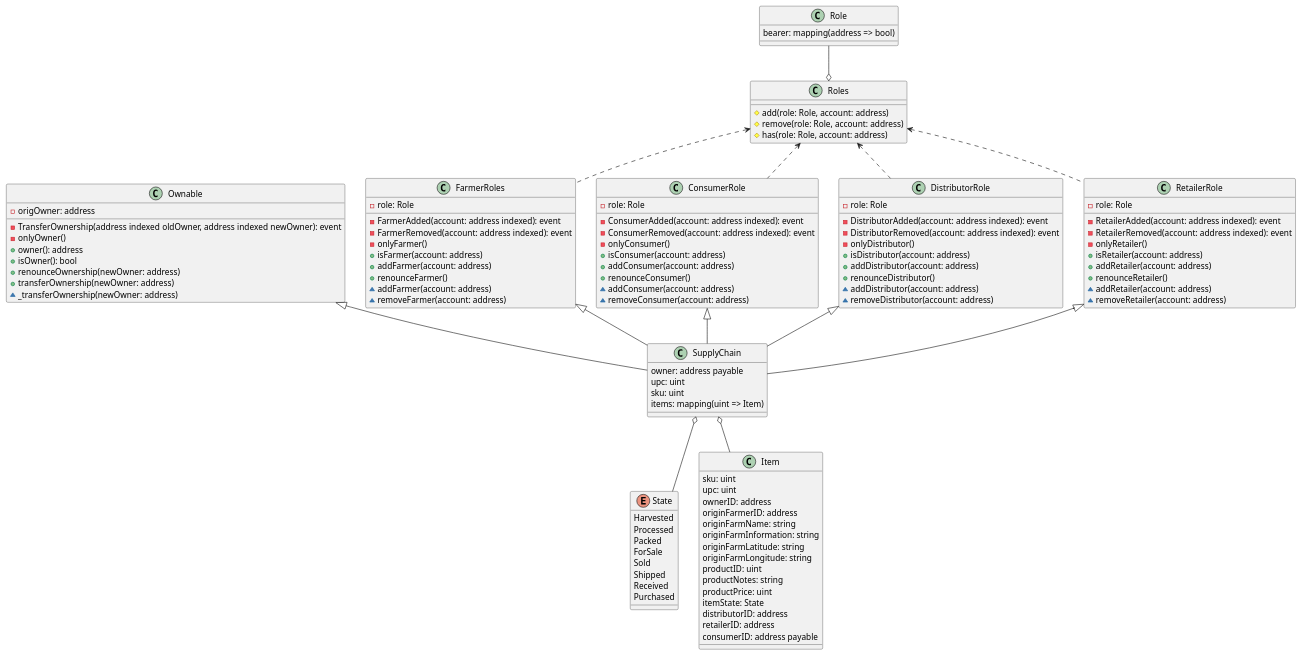
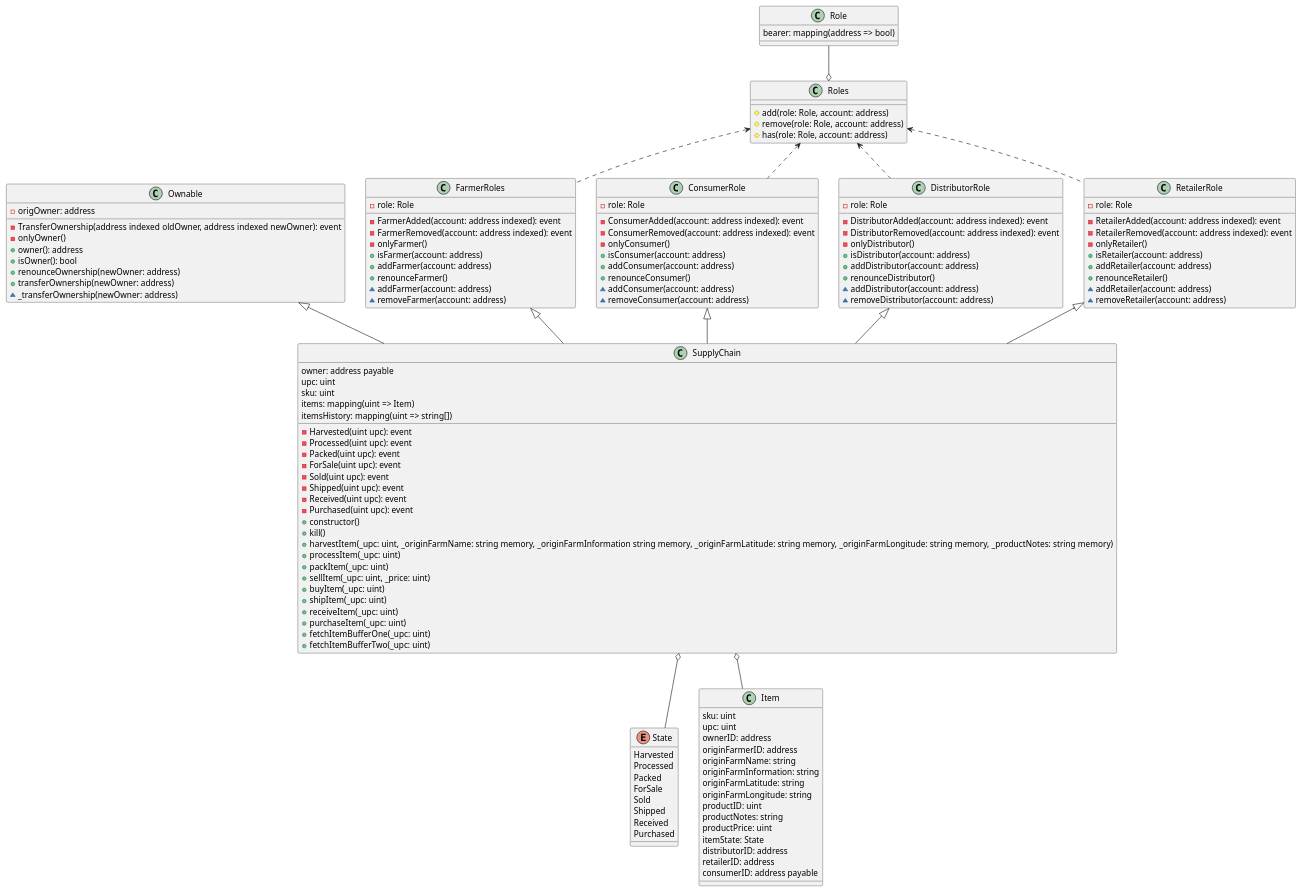
The diagram in documentation/uml/class.puml (LiewJunTung/CoffeeSupplyChain), drawn with PlantUML before and after one commit. The commit also changed 4 other files, not shown here.

Commit message:
docs: :memo: fix uml

```diff
--- a/documentation/uml/class.puml
+++ b/documentation/uml/class.puml
@@ -1,115 +1,137 @@
 @startuml
 
 class FarmerRoles {
     - role: Role
     - FarmerAdded(account: address indexed): event
     - FarmerRemoved(account: address indexed): event
     - onlyFarmer()
     + isFarmer(account: address)
     + addFarmer(account: address)
     + renounceFarmer()
     ~ addFarmer(account: address)
     ~ removeFarmer(account: address)
 }
 class Ownable {
     - origOwner: address
     - TransferOwnership(address indexed oldOwner, address indexed newOwner): event
     - onlyOwner()
     + owner(): address
     + isOwner(): bool
     + renounceOwnership(newOwner: address)
     + transferOwnership(newOwner: address)
     ~ _transferOwnership(newOwner: address)
 }
 class ConsumerRole {
     - role: Role
     - ConsumerAdded(account: address indexed): event
     - ConsumerRemoved(account: address indexed): event
     - onlyConsumer()
     + isConsumer(account: address)
     + addConsumer(account: address)
     + renounceConsumer()
     ~ addConsumer(account: address)
     ~ removeConsumer(account: address)
 }
 class DistributorRole {
     - role: Role
     - DistributorAdded(account: address indexed): event
     - DistributorRemoved(account: address indexed): event
     - onlyDistributor()
     + isDistributor(account: address)
     + addDistributor(account: address)
     + renounceDistributor()
     ~ addDistributor(account: address)
     ~ removeDistributor(account: address)
 }
 class RetailerRole {
     - role: Role
     - RetailerAdded(account: address indexed): event
     - RetailerRemoved(account: address indexed): event
     - onlyRetailer()
     + isRetailer(account: address)
     + addRetailer(account: address)
     + renounceRetailer()
     ~ addRetailer(account: address)
     ~ removeRetailer(account: address)
 }
 class Roles {
     # add(role: Role, account: address)
     # remove(role: Role, account: address)
     # has(role: Role, account: address)
 }
 class SupplyChain {
     owner: address payable
     upc: uint
     sku: uint
     {field} items: mapping(uint => Item)
+    {field} itemsHistory: mapping(uint => string[])
+    - Harvested(uint upc): event
+    - Processed(uint upc): event
+    - Packed(uint upc): event
+    - ForSale(uint upc): event
+    - Sold(uint upc): event
+    - Shipped(uint upc): event
+    - Received(uint upc): event
+    - Purchased(uint upc): event
+    + constructor()
+    + kill()
+    + harvestItem(_upc: uint, _originFarmName: string memory, _originFarmInformation string memory, _originFarmLatitude: string memory, _originFarmLongitude: string memory, _productNotes: string memory)
+    + processItem(_upc: uint)
+    + packItem(_upc: uint)
+    + sellItem(_upc: uint, _price: uint)
+    + buyItem(_upc: uint)
+    + shipItem(_upc: uint)
+    + receiveItem(_upc: uint)
+    + purchaseItem(_upc: uint)
+    + fetchItemBufferOne(_upc: uint)
+    + fetchItemBufferTwo(_upc: uint)
+
 }
 class Role {
    {field} bearer: mapping(address => bool)    
 }
 
 enum State {
     Harvested
     Processed
     Packed
     ForSale
     Sold
     Shipped
     Received
     Purchased
 }
 
 class Item {
     sku: uint
     upc: uint
     ownerID: address
     originFarmerID: address
     originFarmName: string
     originFarmInformation: string
     originFarmLatitude: string
     originFarmLongitude: string
     productID: uint
     productNotes: string
     productPrice: uint
     itemState: State
     distributorID: address
     retailerID: address
     consumerID: address payable
 }
 
 Role --o Roles
 Roles <.. FarmerRoles
 Roles <.. ConsumerRole
 Roles <.. DistributorRole
 Roles <.. RetailerRole
 FarmerRoles <|-- SupplyChain
 ConsumerRole <|-- SupplyChain
 DistributorRole <|-- SupplyChain
 RetailerRole <|-- SupplyChain
 Ownable <|-- SupplyChain
 SupplyChain o-- Item
 SupplyChain o-- State
 
 
 @enduml
```
